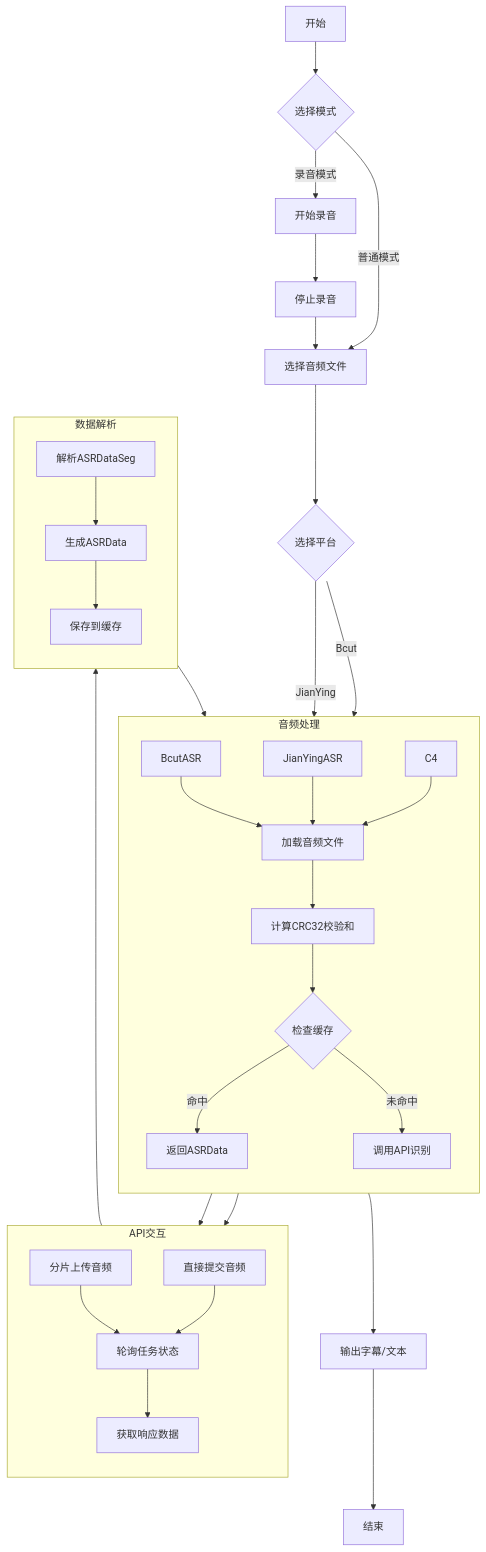
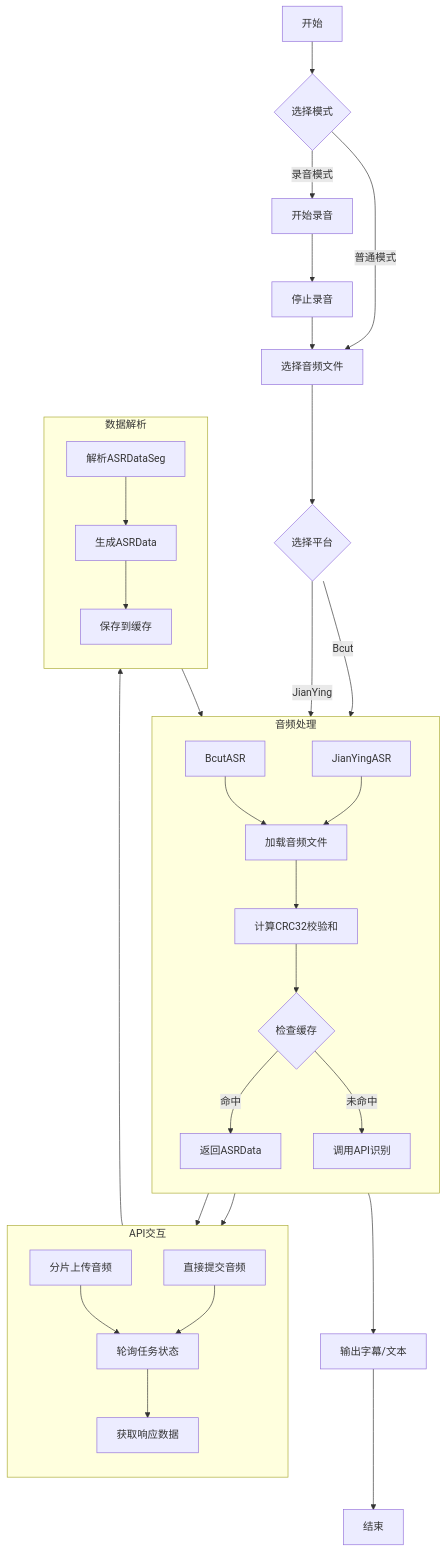
The diagram in README.md (HandyWote/ASRTool), drawn with Mermaid before and after one commit.

Commit message:
修改README

````diff
--- a/README.md
+++ b/README.md
@@ -29,40 +29,40 @@
 ```mermaid
 graph TB
     Start[开始] --> Mode{选择模式}
     Mode -->|普通模式| A[选择音频文件]
     Mode -->|录音模式| Rec[开始录音]
     Rec --> Stop[停止录音]
     Stop --> A
 
     A --> B{选择平台}
     B -->|Bcut| C1[BcutASR]
     B -->|JianYing| C2[JianYingASR]
 
     subgraph 音频处理
         direction TB
-        C1 & C2 & C4 --> D[加载音频文件]
+        C1 & C2  --> D[加载音频文件]
         D --> E[计算CRC32校验和]
         E --> F{检查缓存}
         F -->|命中| G[返回ASRData]
         F -->|未命中| H[调用API识别]
     end
 
     subgraph API交互
         direction TB
         H --> I1[分片上传音频]
         H --> I2[直接提交音频]
         I1 & I2 --> J[轮询任务状态]
         J --> K[获取响应数据]
     end
 
     subgraph 数据解析
         direction TB
         K --> L[解析ASRDataSeg]
         L --> M[生成ASRData]
         M --> N[保存到缓存]
         N --> G
     end
 
     G --> O[输出字幕/文本]
     O --> End[结束]
 ```
````
